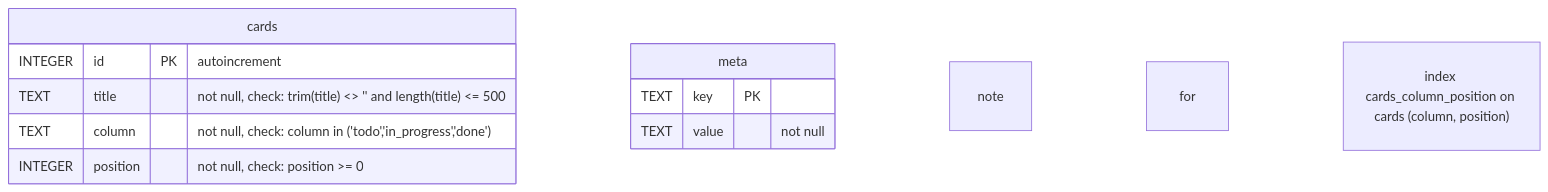
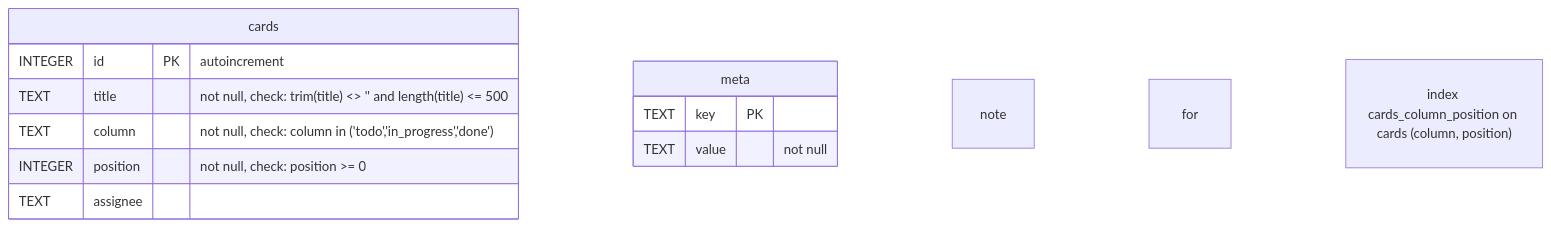
One commit to mateuszwrobel/todo-test1 changed the diagram in docs/db-schema.md. Above: the diagram before and after it, drawn with Mermaid. The commit also changed 6 other files, not shown here.

Commit message:
board: assignee column + Change assignee direction — ErrUnknownAssignee before text/not-found/freeze, freeze extended to the assignee direction, Open upgrades pre-KW9 files, board/15-18 pinned; spec declares the board->users edge

````diff
--- a/docs/db-schema.md
+++ b/docs/db-schema.md
@@ -3,14 +3,15 @@
 ```mermaid
 erDiagram
 	cards {
 		INTEGER id PK "autoincrement"
 		TEXT title "not null, check: trim(title) <> '' and length(title) <= 500"
 		TEXT column "not null, check: column in ('todo','in_progress','done')"
 		INTEGER position "not null, check: position >= 0"
+		TEXT assignee
 	}
 	meta {
 		TEXT key PK
 		TEXT value "not null"
 	}
 	note for cards "index cards_column_position on cards (column, position)"
 ```
````
